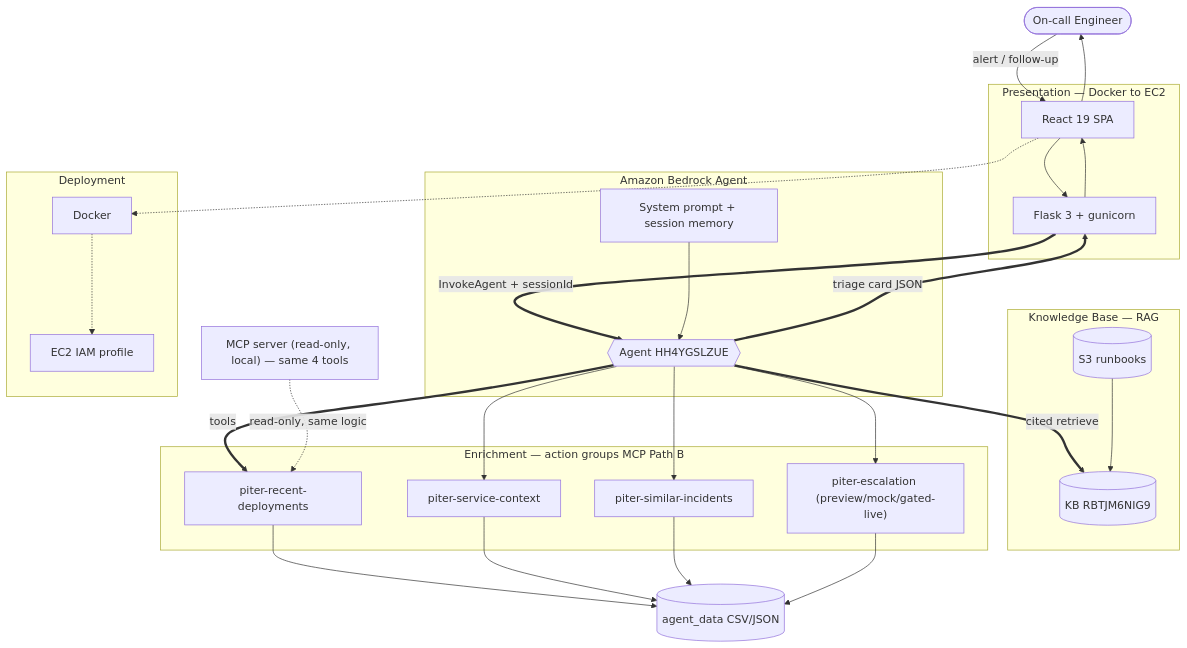
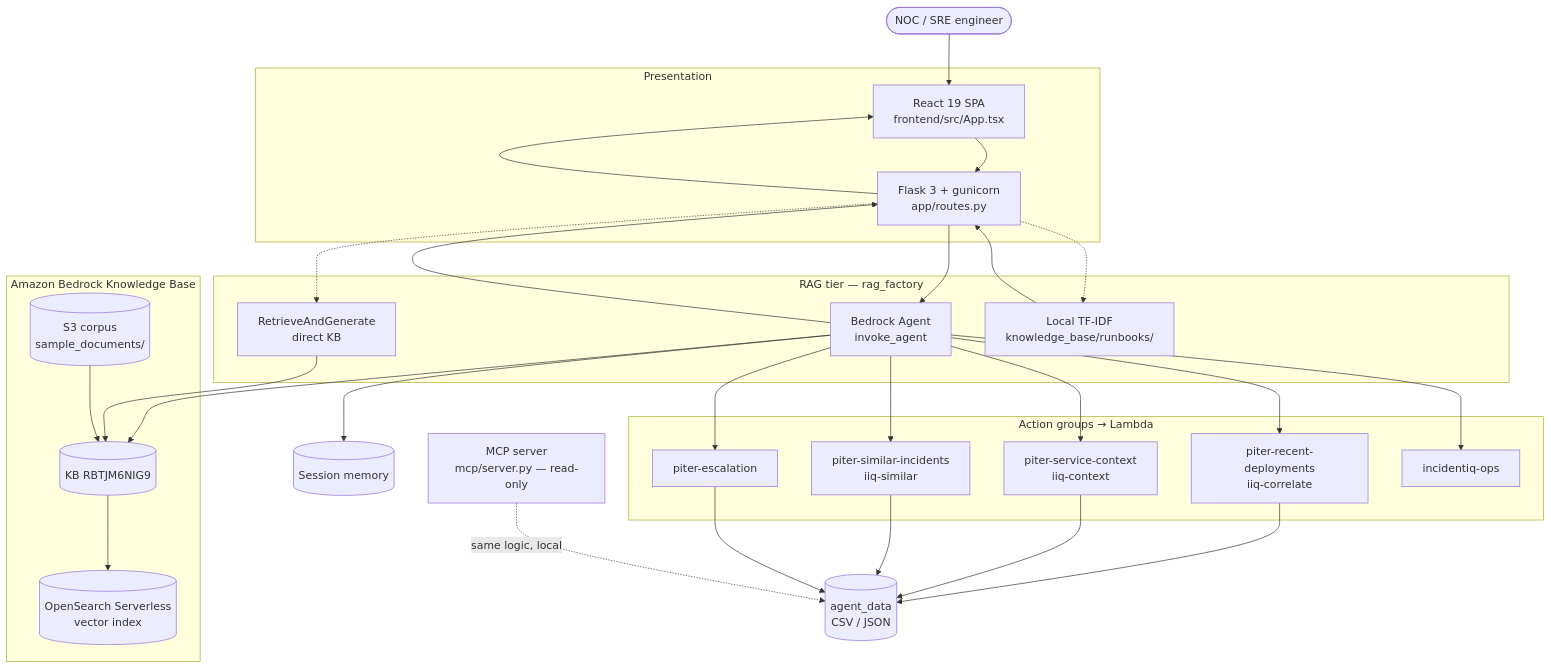
Before and after one commit to reem-mor/ai-engineering-portfolio: the second of 4 diagrams in projects/piter-aiops/README.md, drawn with Mermaid. The commit also changed other lines of this file, not shown here.

````diff
--- a/projects/piter-aiops/README.md
+++ b/projects/piter-aiops/README.md
@@ -271,55 +119,50 @@
 ```mermaid
 flowchart TB
-    user(["On-call Engineer"])
+  ENG(["NOC / SRE engineer"])
 
-    subgraph UI["Presentation — Docker to EC2"]
-        spa["React 19 SPA"]
-        flask["Flask 3 + gunicorn"]
-    end
+  subgraph PRES["Presentation"]
+    SPA["React 19 SPA<br/>frontend/src/App.tsx"]
+    FLASK["Flask 3 + gunicorn<br/>app/routes.py"]
+  end
 
-    subgraph Agent["Amazon Bedrock Agent"]
-        inst["System prompt + session memory"]
-        bedrock{{"Agent HH4YGSLZUE"}}
-    end
+  subgraph RAG["RAG tier — rag_factory"]
+    AGENT["Bedrock Agent<br/>invoke_agent"]
+    RNG["RetrieveAndGenerate<br/>direct KB"]
+    LOCAL["Local TF-IDF<br/>knowledge_base/runbooks/"]
+  end
 
-    subgraph KBox["Knowledge Base — RAG"]
-        kb[("KB RBTJM6NIG9")]
-        s3[("S3 runbooks")]
-    end
+  subgraph KBBOX["Amazon Bedrock Knowledge Base"]
+    KB[("KB RBTJM6NIG9")]
+    S3[("S3 corpus<br/>sample_documents/")]
+    OSS[("OpenSearch Serverless<br/>vector index")]
+  end
 
-    subgraph Tools["Enrichment — action groups MCP Path B"]
-        l1["piter-recent-deployments"]
-        l2["piter-service-context"]
-        l3["piter-similar-incidents"]
-        l4["piter-escalation (preview/mock/gated-live)"]
-    end
+  subgraph AG["Action groups → Lambda"]
+    L1["piter-recent-deployments<br/>iiq-correlate"]
+    L2["piter-service-context<br/>iiq-context"]
+    L3["piter-similar-incidents<br/>iiq-similar"]
+    L4["piter-escalation"]
+    OPS["incidentiq-ops"]
+  end
 
-    mcp["MCP server (read-only, local) — same 4 tools"]
-    data[("agent_data CSV/JSON")]
+  DATA[("agent_data<br/>CSV / JSON")]
+  MEM[("Session memory")]
+  MCP["MCP server<br/>mcp/server.py — read-only"]
 
-    subgraph INFRA["Deployment"]
-        docker["Docker"]
-        ec2["EC2 IAM profile"]
-    end
-
-    user -->|"alert / follow-up"| spa
-    spa --> flask
-    flask ==>|"InvokeAgent + sessionId"| bedrock
-    inst --> bedrock
-    bedrock ==>|"cited retrieve"| kb
-    s3 --> kb
-    bedrock ==>|"tools"| l1
-    bedrock --> l2
-    bedrock --> l3
-    bedrock --> l4
-    mcp -.->|"read-only, same logic"| l1
-    l1 --> data
-    l2 --> data
-    l3 --> data
-    l4 --> data
-    bedrock ==>|"triage card JSON"| flask
-    flask --> spa
-    spa --> user
-    spa -.-> docker
-    docker -.-> ec2
+  ENG --> SPA
+  SPA --> FLASK
+  FLASK --> AGENT
+  FLASK -.-> RNG
+  FLASK -.-> LOCAL
+  AGENT --> MEM
+  AGENT --> KB
+  RNG --> KB
+  S3 --> KB
+  KB --> OSS
+  AGENT --> L1 & L2 & L3 & L4 & OPS
+  L1 & L2 & L3 & L4 --> DATA
+  MCP -.->|"same logic, local"| DATA
+  AGENT --> FLASK
+  LOCAL --> FLASK
+  FLASK --> SPA
 ```
````
